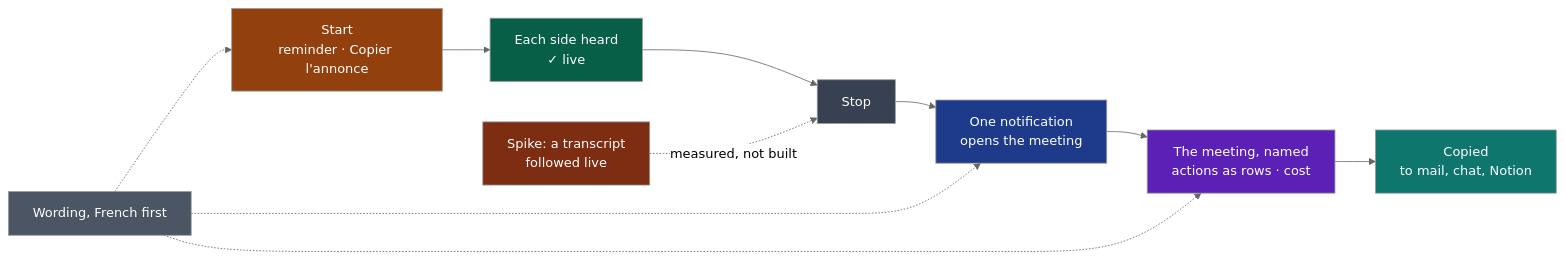
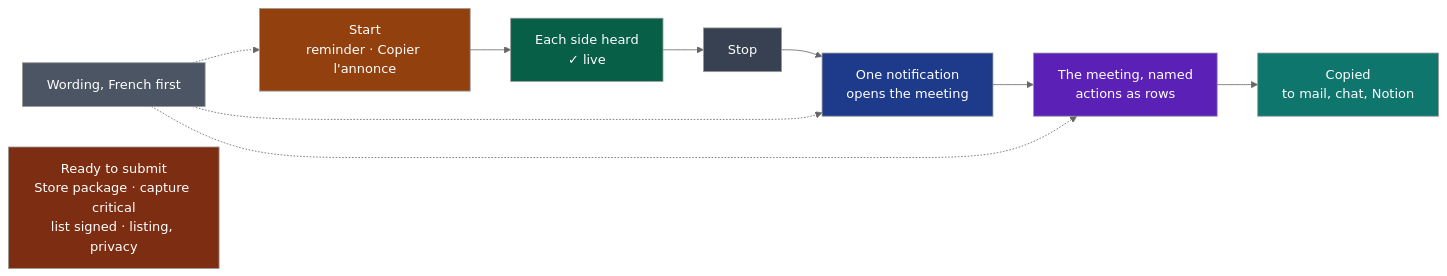
Before and after one commit to NapkinStack/wholeheard: the diagram in docs/project/cycles/05-best-of-its-kind-to-use.md, drawn with Mermaid (neutral theme). The commit also changed other lines of this file, not shown here.

First line of the commit message:
Cycle 05 proposed: what a first Store submission waits on — D54 Windows' package, D55 capture critical, D56 the list signed, D57 listing and privacy policy; D51 and D52 to Later (#486)

````diff
--- a/docs/project/cycles/05-best-of-its-kind-to-use.md
+++ b/docs/project/cycles/05-best-of-its-kind-to-use.md
@@ -118,18 +135,18 @@
 ```mermaid
 flowchart LR
     S["Start<br/>reminder · Copier l'annonce"]:::d50 --> C["Each side heard<br/>✓ live"]:::d49
     C --> T["Stop"]:::rec
     T --> N["One notification<br/>opens the meeting"]:::d44
-    N --> M["The meeting, named<br/>actions as rows · cost"]:::d48
+    N --> M["The meeting, named<br/>actions as rows"]:::d48
     M --> P["Copied<br/>to mail, chat, Notion"]:::d45
     W["Wording, French first"]:::d47 -.-> S & N & M
-    L["Spike: a transcript<br/>followed live"]:::spike -. "measured, not built" .-> T
+    Z["Ready to submit<br/>Store package · capture critical<br/>list signed · listing, privacy"]:::pub
     classDef d50 fill:#92400e,color:#fff
     classDef d49 fill:#065f46,color:#fff
     classDef rec fill:#374151,color:#fff
     classDef d44 fill:#1e3a8a,color:#fff
     classDef d48 fill:#5b21b6,color:#fff
     classDef d45 fill:#0f766e,color:#fff
     classDef d47 fill:#4b5563,color:#fff
-    classDef spike fill:#7c2d12,color:#fff
+    classDef pub fill:#7c2d12,color:#fff
 ```
````
